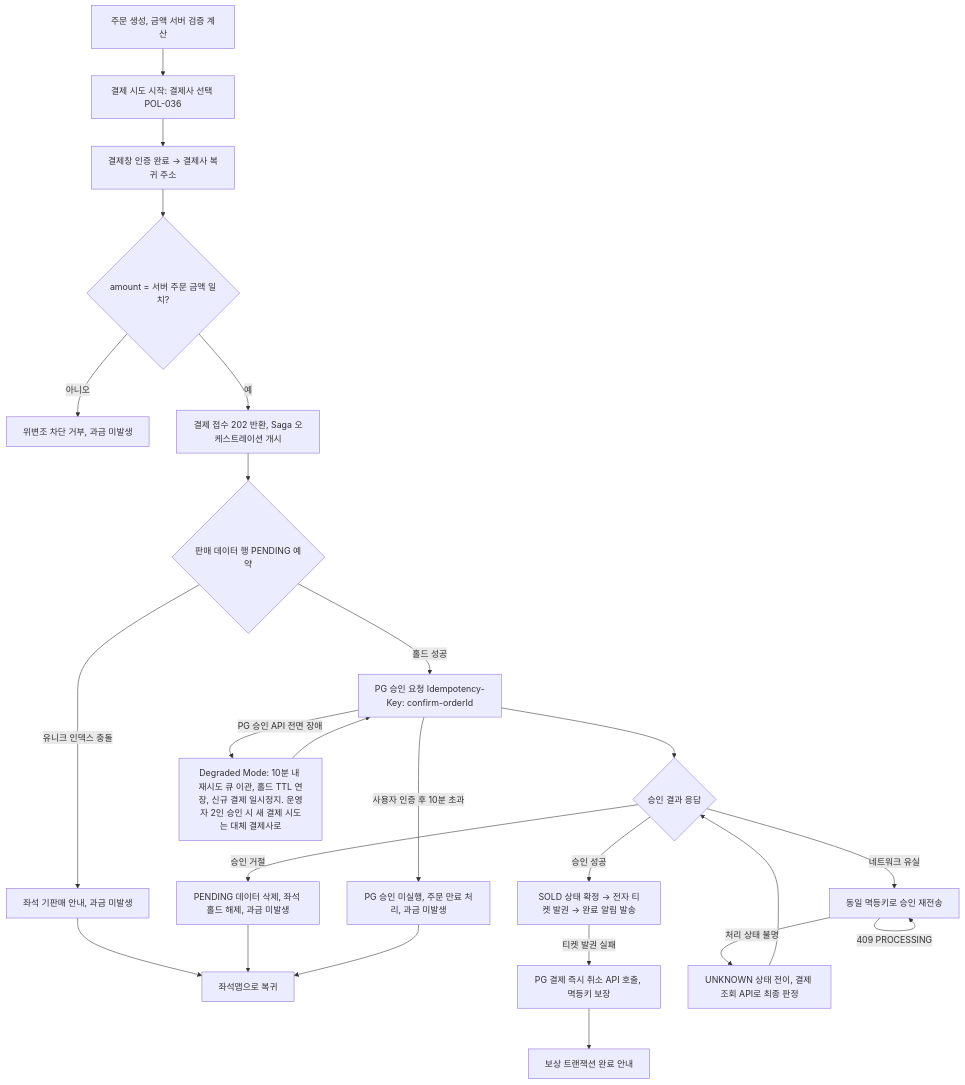
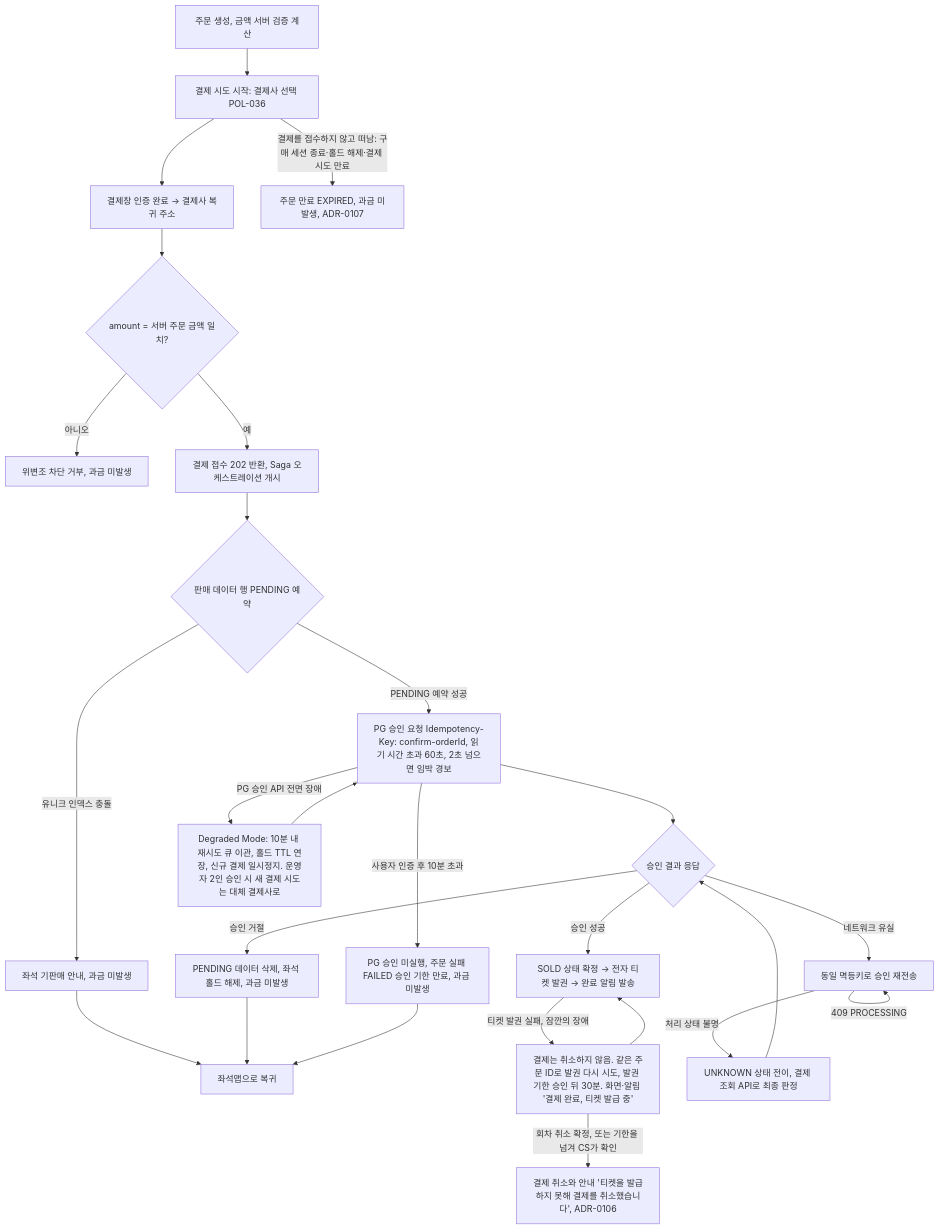
Before and after one commit to peaket/peaket: the third of 13 diagrams in planning/04-ia-flows-screens.md, drawn with Mermaid. The commit also changed other lines of this file and 228 other files, not shown here.

````diff
--- a/planning/04-ia-flows-screens.md
+++ b/planning/04-ia-flows-screens.md
@@ -171,19 +171,21 @@
 ```mermaid
 flowchart TD
     A[주문 생성, 금액 서버 검증 계산] --> A2[결제 시도 시작: 결제사 선택 POL-036] --> B[결제창 인증 완료 → 결제사 복귀 주소]
+    A2 -- 결제를 접수하지 않고 떠남: 구매 세션 종료·홀드 해제·결제 시도 만료 --> X0[주문 만료 EXPIRED, 과금 미발생, ADR-0107]
     B --> C{amount = 서버 주문 금액 일치?}
     C -- 아니오 --> X1[위변조 차단 거부, 과금 미발생]
     C -- 예 --> D[결제 접수 202 반환, Saga 오케스트레이션 개시]
     D --> E{판매 데이터 행 PENDING 예약}
     E -- 유니크 인덱스 충돌 --> X2[좌석 기판매 안내, 과금 미발생] --> P[좌석맵으로 복귀]
-    E -- 홀드 성공 --> F[PG 승인 요청 Idempotency-Key: confirm-orderId]
+    E -- PENDING 예약 성공 --> F[PG 승인 요청 Idempotency-Key: confirm-orderId, 읽기 시간 초과 60초, 2초 넘으면 임박 경보]
     F --> G{승인 결과 응답}
     G -- 승인 성공 --> H[SOLD 상태 확정 → 전자 티켓 발권 → 완료 알림 발송]
-    H -- 티켓 발권 실패 --> I[PG 결제 즉시 취소 API 호출, 멱등키 보장] --> X3[보상 트랜잭션 완료 안내]
+    H -- 티켓 발권 실패, 잠깐의 장애 --> I[결제는 취소하지 않음. 같은 주문 ID로 발권 다시 시도, 발권 기한 승인 뒤 30분. 화면·알림 '결제 완료, 티켓 발급 중'] --> H
+    I -- 회차 취소 확정, 또는 기한을 넘겨 CS가 확인 --> X3[결제 취소와 안내 '티켓을 발급하지 못해 결제를 취소했습니다', ADR-0106]
     G -- 승인 거절 --> J[PENDING 데이터 삭제, 좌석 홀드 해제, 과금 미발생] --> P
     G -- 네트워크 유실 --> K[동일 멱등키로 승인 재전송]
     K -- 409 PROCESSING --> K
     K -- 처리 상태 불명 --> L[UNKNOWN 상태 전이, 결제 조회 API로 최종 판정] --> G
-    F -- 사용자 인증 후 10분 초과 --> M[PG 승인 미실행, 주문 만료 처리, 과금 미발생] --> P
+    F -- 사용자 인증 후 10분 초과 --> M[PG 승인 미실행, 주문 실패 FAILED 승인 기한 만료, 과금 미발생] --> P
     F -- PG 승인 API 전면 장애 --> N[Degraded Mode: 10분 내 재시도 큐 이관, 홀드 TTL 연장, 신규 결제 일시정지. 운영자 2인 승인 시 새 결제 시도는 대체 결제사로] --> F
 ```
````
